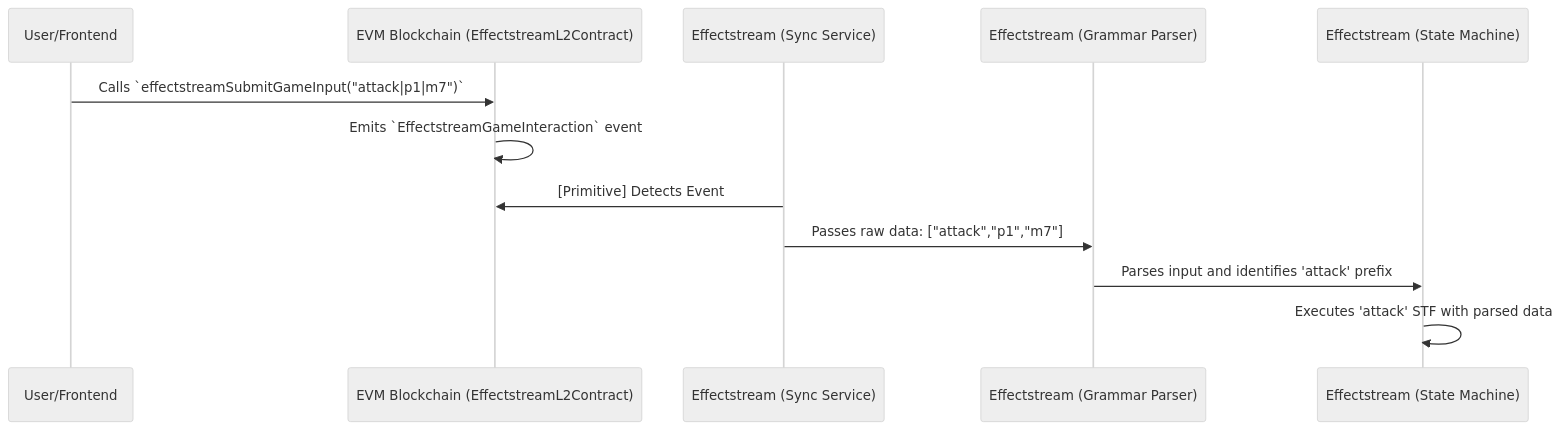
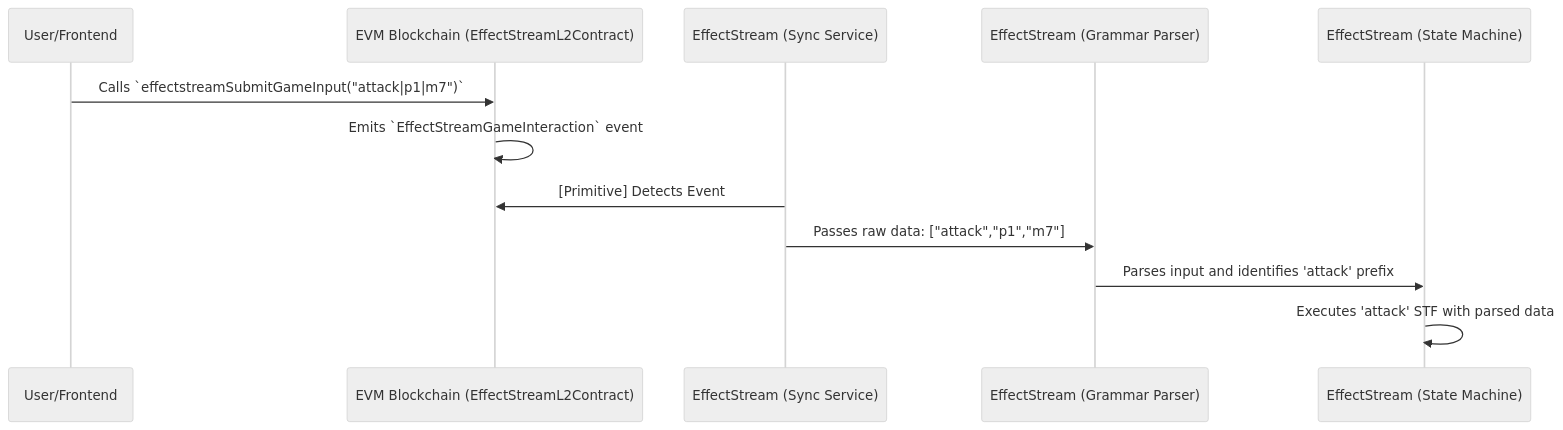
Before and after one commit to effectstream/effectstream: the diagram in docs/site/docs/home/100-components/104-l2-contract.md, drawn with Mermaid (neutral theme). The commit also changed other lines of this file and 66 other files, not shown here.

First line of the commit message:
docs: restyle site to match home page, fix build, rebrand to EffectStream

````diff
--- a/docs/site/docs/home/100-components/104-l2-contract.md
+++ b/docs/site/docs/home/100-components/104-l2-contract.md
@@ -51,15 +51,15 @@
 ```mermaid
 sequenceDiagram
     participant User/Frontend
-    participant EVM Blockchain (EffectstreamL2Contract)
-    participant Effectstream (Sync Service)
-    participant Effectstream (Grammar Parser)
-    participant Effectstream (State Machine)
+    participant EVM Blockchain (EffectStreamL2Contract)
+    participant EffectStream (Sync Service)
+    participant EffectStream (Grammar Parser)
+    participant EffectStream (State Machine)
 
-    User/Frontend->>EVM Blockchain (EffectstreamL2Contract): Calls `effectstreamSubmitGameInput("attack|p1|m7")`
-    EVM Blockchain (EffectstreamL2Contract)->>EVM Blockchain (EffectstreamL2Contract): Emits `EffectstreamGameInteraction` event
-    Effectstream (Sync Service)->>EVM Blockchain (EffectstreamL2Contract): [Primitive] Detects Event
-    Effectstream (Sync Service)->>Effectstream (Grammar Parser): Passes raw data: ["attack","p1","m7"]
-    Effectstream (Grammar Parser)->>Effectstream (State Machine): Parses input and identifies 'attack' prefix
-    Effectstream (State Machine)->>Effectstream (State Machine): Executes 'attack' STF with parsed data
+    User/Frontend->>EVM Blockchain (EffectStreamL2Contract): Calls `effectstreamSubmitGameInput("attack|p1|m7")`
+    EVM Blockchain (EffectStreamL2Contract)->>EVM Blockchain (EffectStreamL2Contract): Emits `EffectStreamGameInteraction` event
+    EffectStream (Sync Service)->>EVM Blockchain (EffectStreamL2Contract): [Primitive] Detects Event
+    EffectStream (Sync Service)->>EffectStream (Grammar Parser): Passes raw data: ["attack","p1","m7"]
+    EffectStream (Grammar Parser)->>EffectStream (State Machine): Parses input and identifies 'attack' prefix
+    EffectStream (State Machine)->>EffectStream (State Machine): Executes 'attack' STF with parsed data
 ```
````
